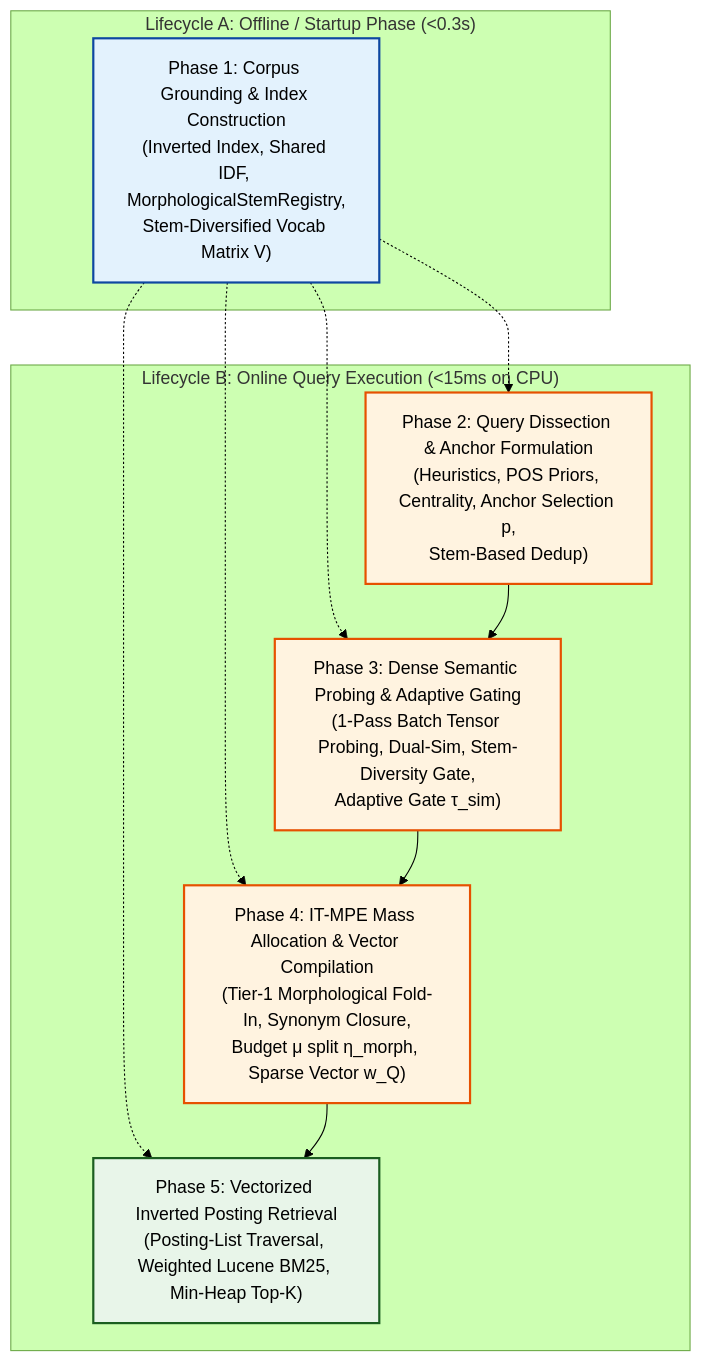
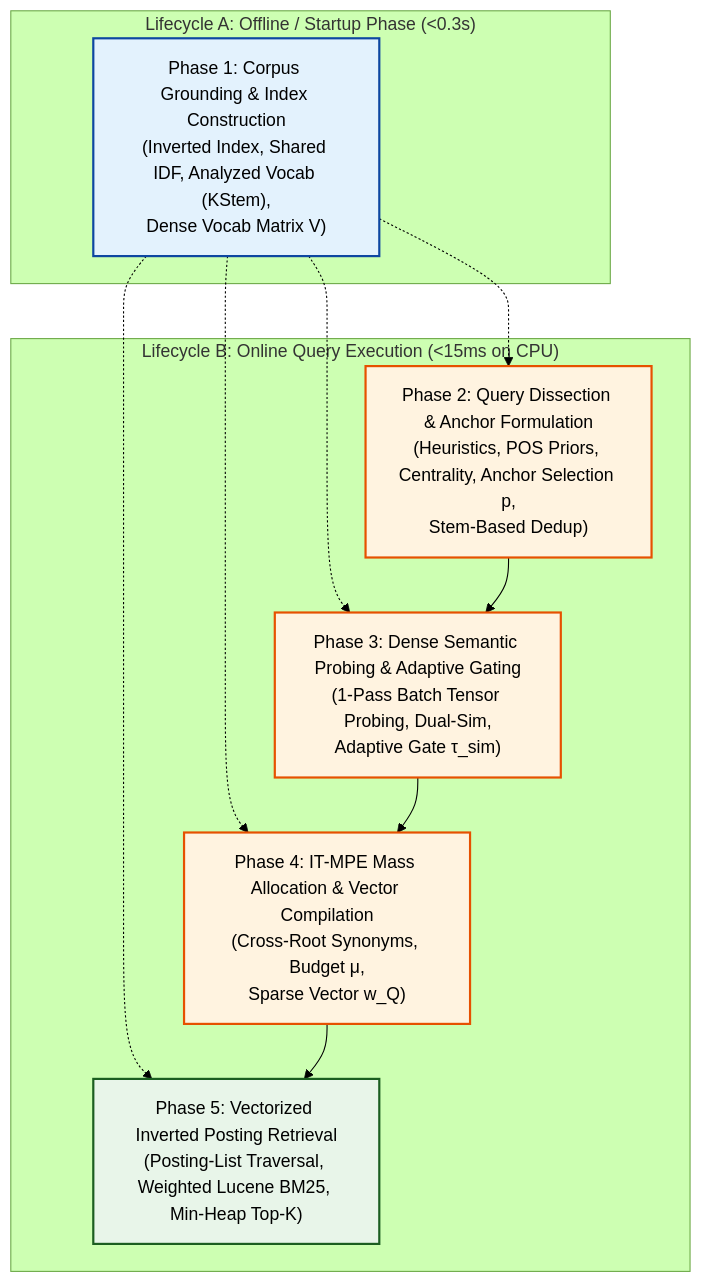
Before and after one commit to spchjken/Edge-RAG: the diagram in docs/v7_architectural_plan.md, drawn with Mermaid (forest theme). The commit also changed other lines of this file and 1 other file, not shown here.

````diff
--- a/docs/v7_architectural_plan.md
+++ b/docs/v7_architectural_plan.md
@@ -18,24 +18,24 @@
 ```mermaid
 graph TD
     classDef offline fill:#e3f2fd,stroke:#0d47a1,stroke-width:2px,color:#000000;
     classDef query fill:#fff3e0,stroke:#e65100,stroke-width:2px,color:#000000;
     classDef scoring fill:#e8f5e9,stroke:#1b5e20,stroke-width:2px,color:#000000;
 
     subgraph Offline ["Lifecycle A: Offline / Startup Phase (<0.3s)"]
-        P1["Phase 1: Corpus Grounding & Index Construction<br/>(Inverted Index, Shared IDF, MorphologicalStemRegistry,<br/>Stem-Diversified Vocab Matrix V)"]:::offline
+        P1["Phase 1: Corpus Grounding & Index Construction<br/>(Inverted Index, Shared IDF, Analyzed Vocab (KStem),<br/>Dense Vocab Matrix V)"]:::offline
     end
 
     subgraph Online ["Lifecycle B: Online Query Execution (<15ms on CPU)"]
         P2["Phase 2: Query Dissection & Anchor Formulation<br/>(Heuristics, POS Priors, Centrality, Anchor Selection p,<br/>Stem-Based Dedup)"]:::query
-        P3["Phase 3: Dense Semantic Probing & Adaptive Gating<br/>(1-Pass Batch Tensor Probing, Dual-Sim, Stem-Diversity Gate,<br/>Adaptive Gate τ_sim)"]:::query
-        P4["Phase 4: IT-MPE Mass Allocation & Vector Compilation<br/>(Tier-1 Morphological Fold-In, Synonym Closure,<br/>Budget μ split η_morph, Sparse Vector w_Q)"]:::query
+        P3["Phase 3: Dense Semantic Probing & Adaptive Gating<br/>(1-Pass Batch Tensor Probing, Dual-Sim,<br/>Adaptive Gate τ_sim)"]:::query
+        P4["Phase 4: IT-MPE Mass Allocation & Vector Compilation<br/>(Cross-Root Synonyms, Budget μ,<br/>Sparse Vector w_Q)"]:::query
         P5["Phase 5: Vectorized Inverted Posting Retrieval<br/>(Posting-List Traversal, Weighted Lucene BM25, Min-Heap Top-K)"]:::scoring
     end
 
     P1 -.-> P2
     P1 -.-> P3
     P1 -.-> P4
     P1 -.-> P5
 
     P2 --> P3 --> P4 --> P5
 ```
````
